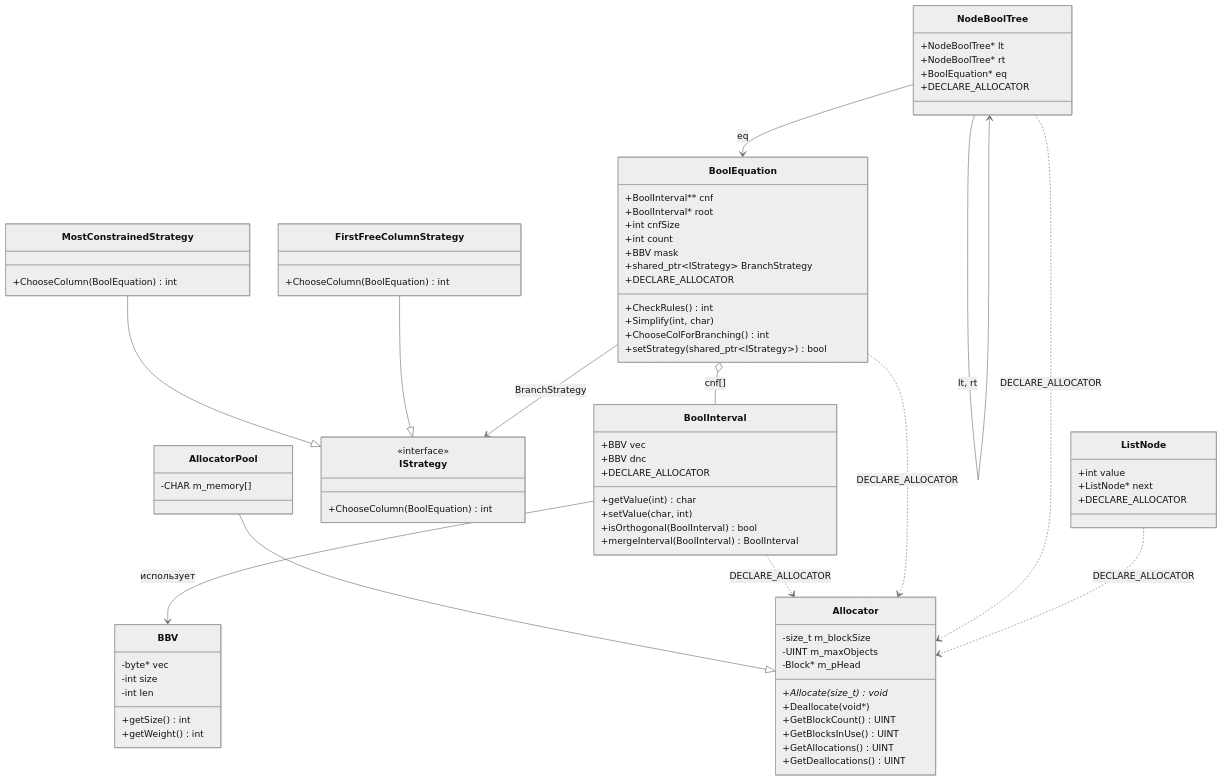
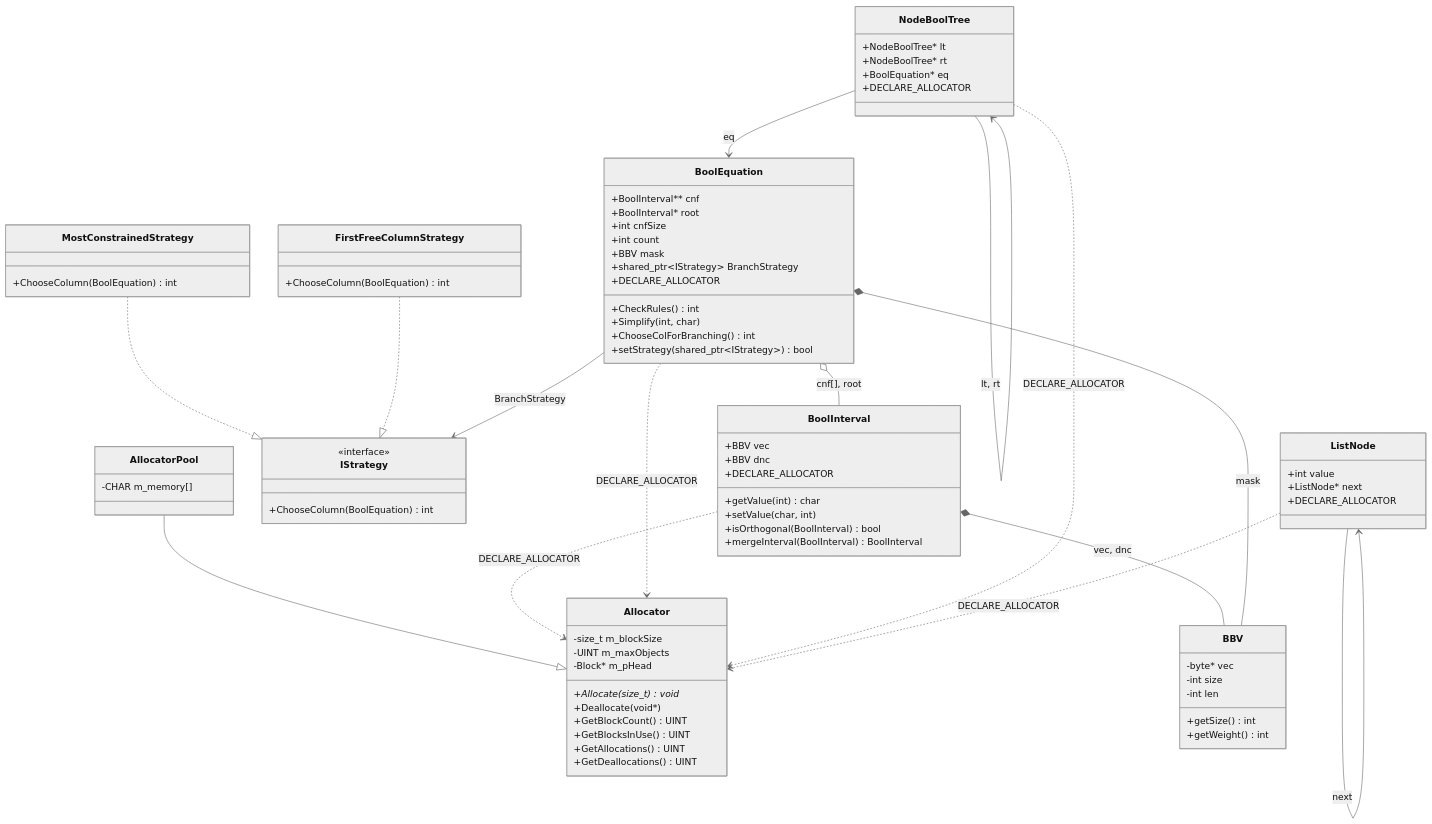
One commit to ytochkaa/integration_of_the_memory_allocation_mechanism changed the diagram in README.md. Above: the diagram before and after it, drawn with Mermaid (neutral theme).

Commit message:
docs: исправлены связи в UML-диаграмме

```diff
--- a/README.md
+++ b/README.md
@@ -83,14 +83,16 @@
     }
 
     AllocatorPool --|> Allocator
-    MostConstrainedStrategy --|> IStrategy
-    FirstFreeColumnStrategy --|> IStrategy
+    MostConstrainedStrategy ..|> IStrategy
+    FirstFreeColumnStrategy ..|> IStrategy
 
-    BoolInterval --> BBV : использует
-    BoolEquation o-- BoolInterval : cnf[]
+    BoolInterval *-- BBV : vec, dnc
+    BoolEquation *-- BBV : mask
+    BoolEquation o-- BoolInterval : cnf[], root
     BoolEquation --> IStrategy : BranchStrategy
     NodeBoolTree --> BoolEquation : eq
     NodeBoolTree --> NodeBoolTree : lt, rt
+    ListNode --> ListNode : next
 
     BoolInterval ..> Allocator : DECLARE_ALLOCATOR
     BoolEquation ..> Allocator : DECLARE_ALLOCATOR
```
